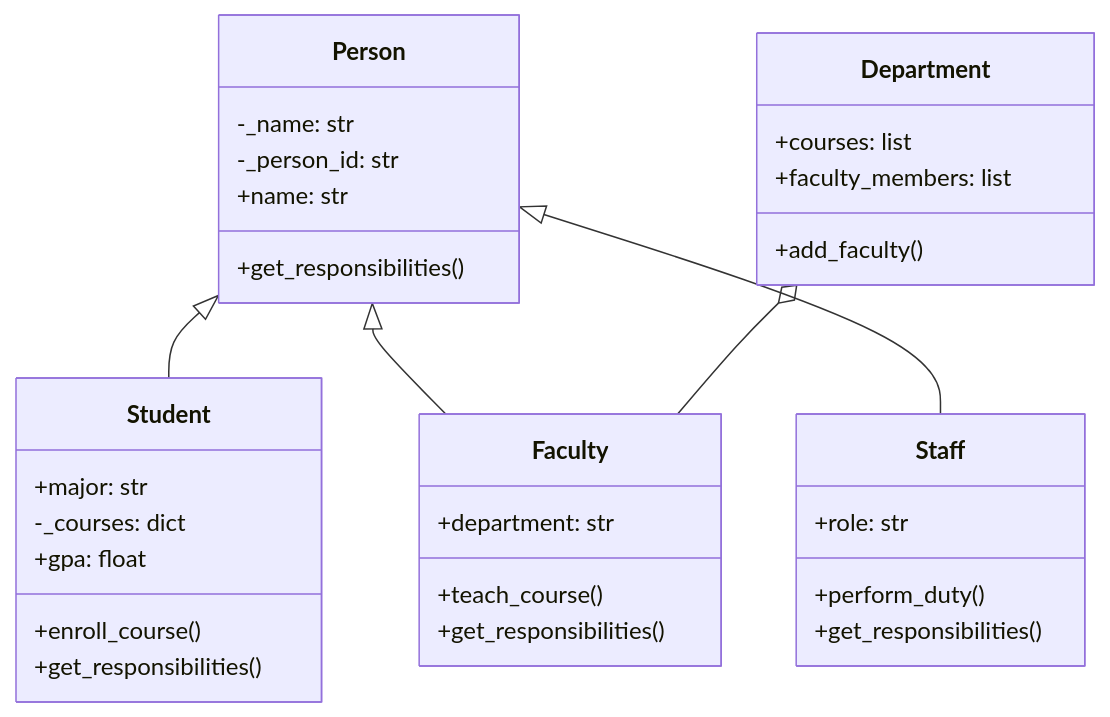
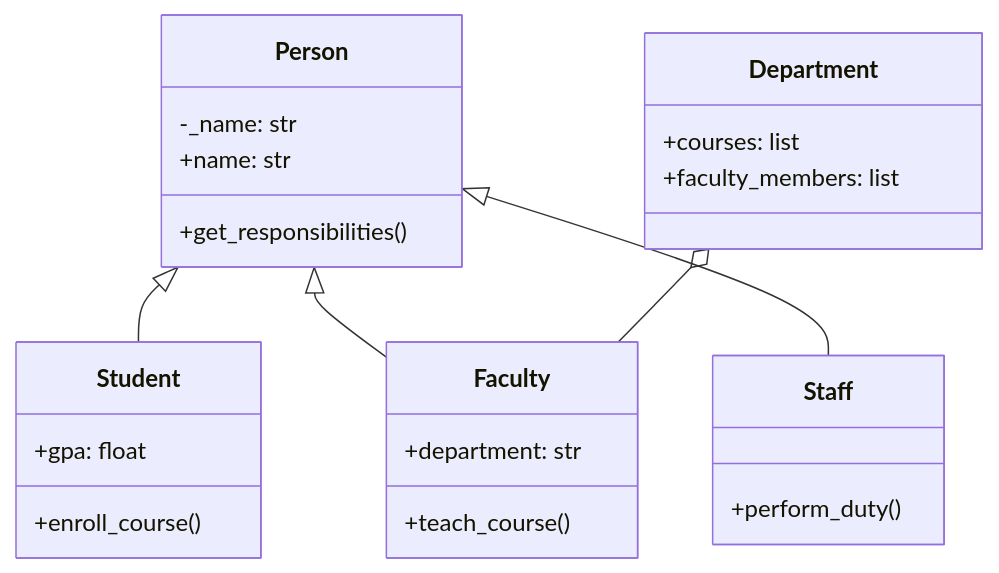
One commit to senavirathne/programming-for-data-science-coursework-2025-2 changed the diagram in coursework_COMScDS252P-002/technical_report.md. Above: the diagram before and after it, drawn with Mermaid. The commit also changed other lines of this file and 13 other files, not shown here.

````diff
--- a/coursework_COMScDS252P-002/technical_report.md
+++ b/coursework_COMScDS252P-002/technical_report.md
@@ -27,36 +27,28 @@
 ```mermaid
 classDiagram
     class Person {
         -_name: str
-        -_person_id: str
         +name: str
         +get_responsibilities()
     }
     class Student {
-        +major: str
-        -_courses: dict
         +gpa: float
         +enroll_course()
-        +get_responsibilities()
     }
     class Faculty {
         +department: str
         +teach_course()
-        +get_responsibilities()
     }
     class Staff {
-        +role: str
         +perform_duty()
-        +get_responsibilities()
     }
     class Department {
         +courses: list
         +faculty_members: list
-        +add_faculty()
     }
     
     Person <|-- Student
     Person <|-- Faculty
     Person <|-- Staff
     Department o-- Faculty
 ```
````
